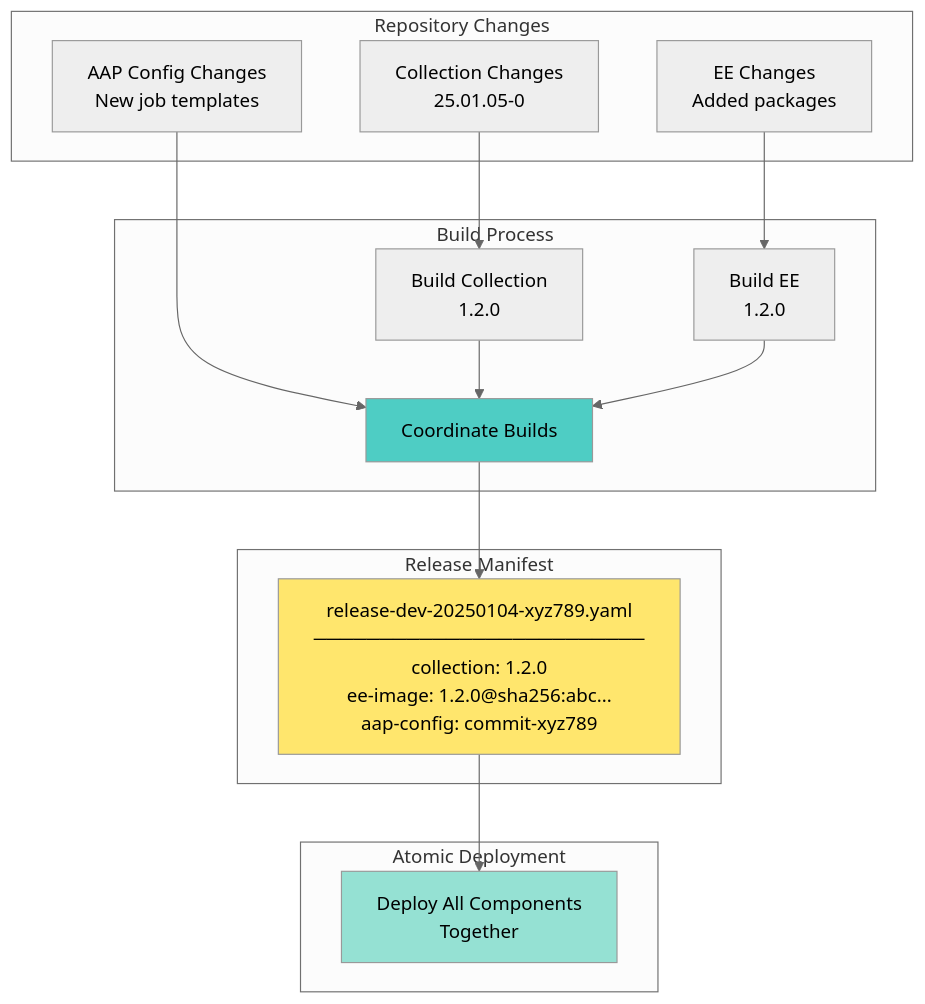
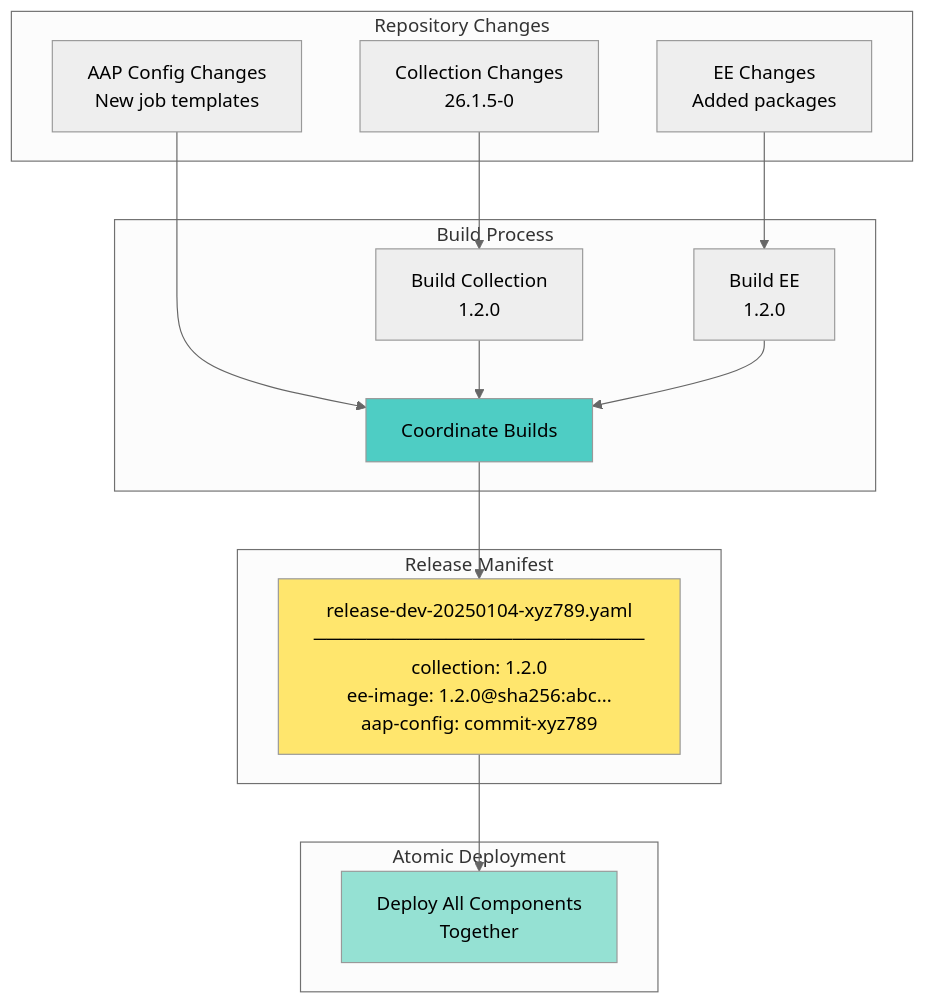
One commit to djdanielsson/rh1-docs changed diagram 15 of 17 in docs/diagrams/PROMOTION-FLOW.md. Above: the diagram before and after it, drawn with Mermaid (neutral theme). The commit also changed other lines of this file and 15 other files, not shown here.

````diff
--- a/docs/diagrams/PROMOTION-FLOW.md
+++ b/docs/diagrams/PROMOTION-FLOW.md
@@ -596,34 +596,34 @@
 ```mermaid
 graph TB
     subgraph "Repository Changes"
-        COL[Collection Changes<br/>25.01.05-0]
+        COL[Collection Changes<br/>26.1.5-0]
         EE[EE Changes<br/>Added packages]
         AAP[AAP Config Changes<br/>New job templates]
     end
 
     subgraph "Build Process"
         BUILD_COL[Build Collection<br/>1.2.0]
         BUILD_EE[Build EE<br/>1.2.0]
         COMBINE[Coordinate Builds]
     end
 
     subgraph "Release Manifest"
         MANIFEST["release-dev-20250104-xyz789.yaml<br/>─────────────────────────<br/>collection: 1.2.0<br/>ee-image: 1.2.0@sha256:abc...<br/>aap-config: commit-xyz789"]
     end
 
     subgraph "Atomic Deployment"
         DEPLOY_ALL[Deploy All Components<br/>Together]
     end
 
     COL --> BUILD_COL
     EE --> BUILD_EE
     AAP --> COMBINE
     BUILD_COL --> COMBINE
     BUILD_EE --> COMBINE
     COMBINE --> MANIFEST
     MANIFEST --> DEPLOY_ALL
 
     style COMBINE fill:#4ecdc4
     style MANIFEST fill:#ffe66d
     style DEPLOY_ALL fill:#95e1d3
 ```
````
